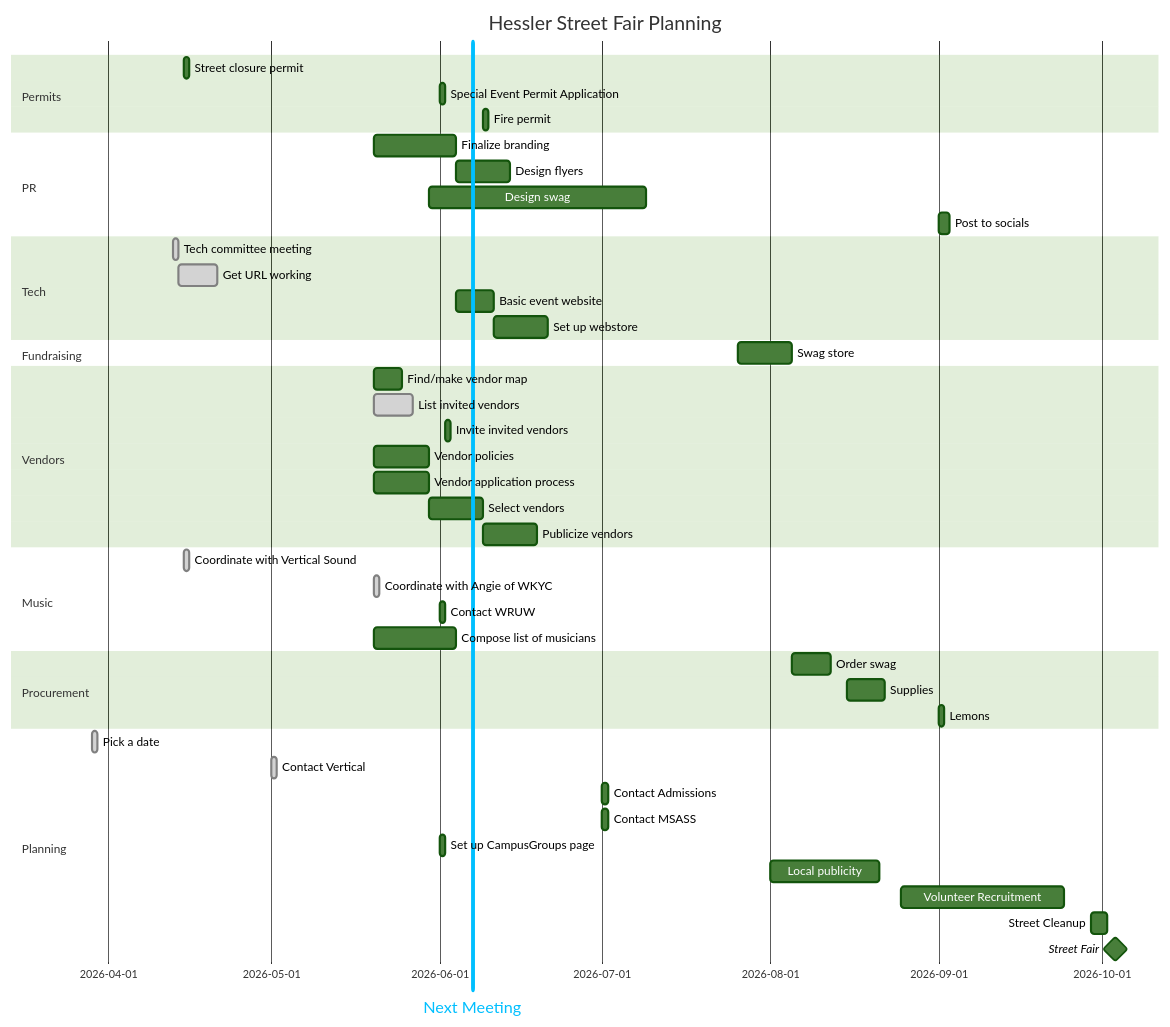
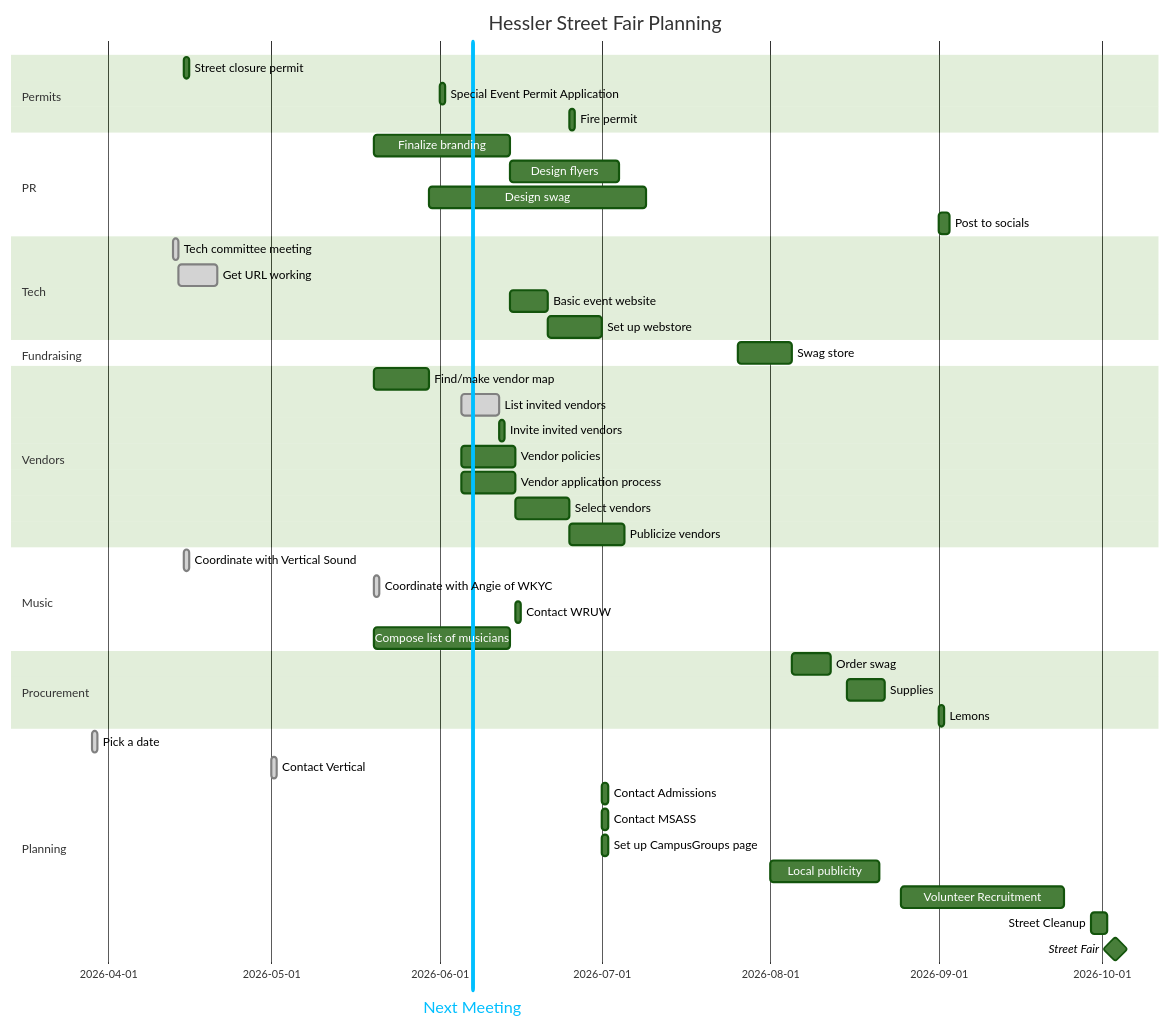
Before and after one commit to KCollins/KCollins.github.io: the first of 2 diagrams in files/fairplan.md, drawn with Mermaid.

````diff
--- a/files/fairplan.md
+++ b/files/fairplan.md
@@ -1,52 +1,52 @@
 ```mermaid
 %%{init: {'theme': 'forest'}}%%
 gantt
     title  Hessler Street Fair Planning
     dateFormat YYYY-MM-DD
     section Permits
             Street closure permit    :streetpermit, 2026-04-15, 1d
             Special Event Permit Application    :eventpermit, 2026-06-01, 1d
             Fire permit    :firepermit, after vendorselect eventpermit, 1d
 
     section PR
-            Finalize branding : brand, 2026-05-20, 15d
-            Design flyers : flyers, after brand, 10d
+            Finalize branding : brand, 2026-05-20, 25d
+            Design flyers : flyers, after brand, 20d
             Design swag    : designswag, 2026-05-30, 40d
             Post to socials: socials, 2026-09-01, 2d
     section Tech
             Tech committee meeting: done, techmeet, 2026-04-13, 1d
             Get URL working:done, url, after techmeet, 7d
             Basic event website: basicsite, after brand, 7d
             Set up webstore: webstore, after basicsite, 10d
     section Fundraising
             Swag store    :swagstore, after designswag webstore swag, 10d
     section Vendors
-            Find/make vendor map: vendormap, 2026-05-20, 5d
-            List invited vendors: done, invitelist, 2026-05-20, 7d
+            Find/make vendor map: vendormap, 2026-05-20, 10d
+            List invited vendors: done, invitelist, 2026-06-05, 7d
             Invite invited vendors: invite, after invitelist eventpermit, 1d
-            Vendor policies: policy, 2026-05-20, 10d
-            Vendor application process: vendorapp, 2026-05-20, 10d
+            Vendor policies: policy, 2026-06-05, 10d
+            Vendor application process: vendorapp, 2026-06-05, 10d
             Select vendors: vendorselect, after invitelist vendorapp, 10d
             Publicize vendors: vendor-announce, after vendorselect, 10d
     section Music
             Coordinate with Vertical Sound    :done, vertical, 2026-04-15, 1d
             Coordinate with Angie of WKYC    : done, wkyc, 2026-05-20, 1d
-            Contact WRUW: wruw, 2026-06-01, 1d
-            Compose list of musicians: musiclist, 2026-05-20, 15d
+            Contact WRUW: wruw, 2026-06-15, 1d
+            Compose list of musicians: musiclist, 2026-05-20, 25d
     section Procurement
             Order swag:   swag, after swagstore, 7d
             Supplies: supplies, 2026-08-15, 7d
             Lemons: lemons, 2026-09-01, 1d
     section Planning
             Pick a date :done, pick, 2026-03-29, 1d
             Next Meeting :vert, v1, 2026-06-07, 0d
             Contact Vertical: done, vertical, 2026-05-01, 1d
             Contact Admissions: admissions, 2026-07-01, 1d
             Contact MSASS: msass, 2026-07-01, 1d
-            Set up CampusGroups page: campusgroups, 2026-06-01, 1d
+            Set up CampusGroups page: campusgroups, 2026-07-01, 1d
             Local publicity: publicize, 2026-08-01, 20d
             Volunteer Recruitment: recruit, 2026-08-25, 30d
             Street Cleanup: cleanup, 2026-09-29, 3d
             Street Fair        :milestone, streetfair, 2026-10-03, 1d
 
 ```
````
